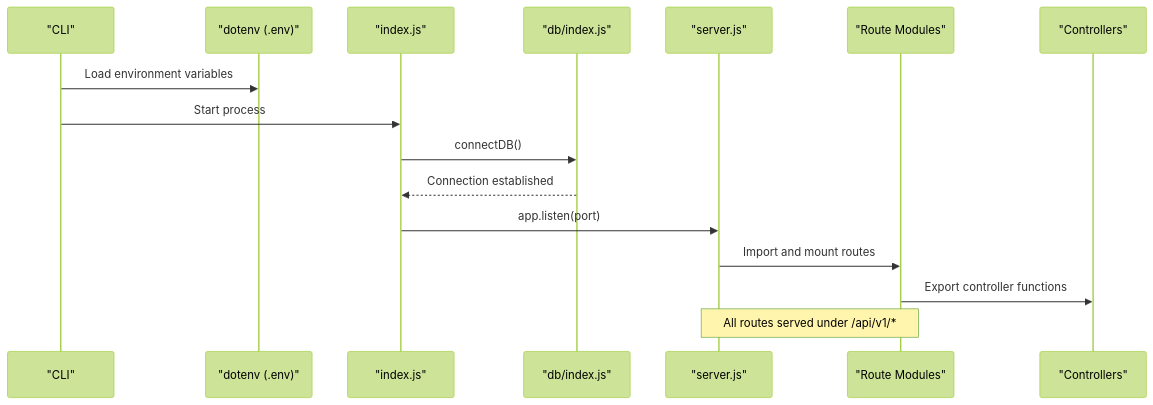
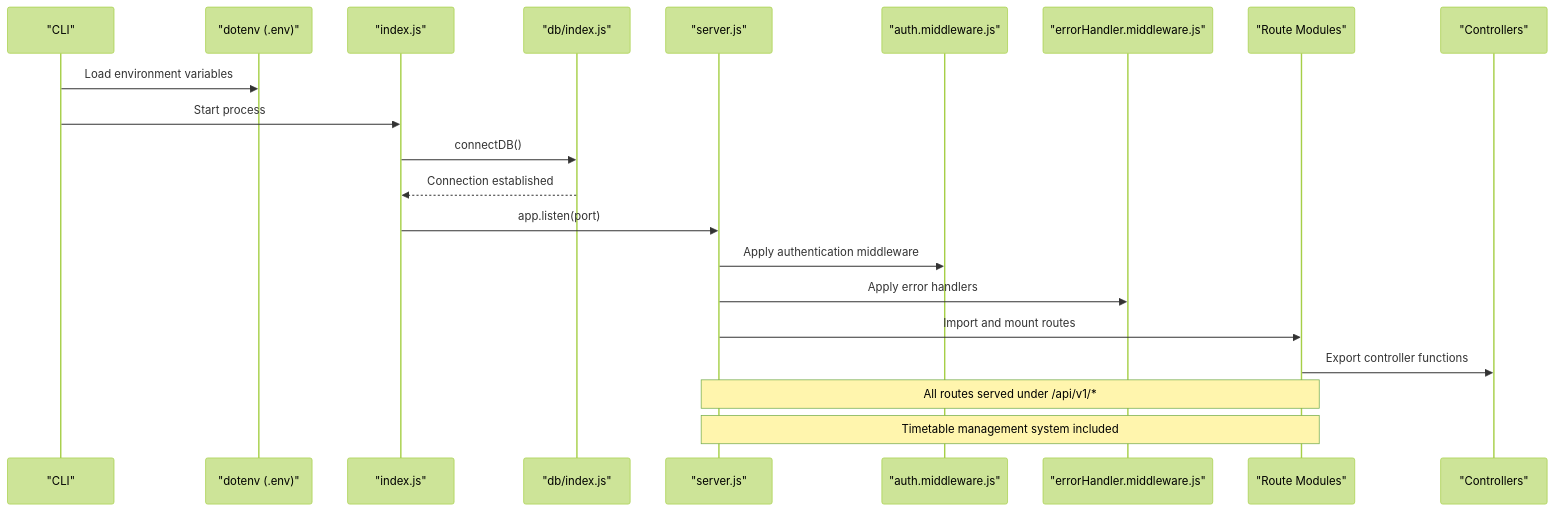
Before and after one commit to Aryan9060/Timetable-Project: the second of 10 diagrams in .qoder/repowiki/en/content/Backend Architecture/Server Setup & Configuration.md, drawn with Mermaid (forest theme). The commit also changed other lines of this file and 15 other files, not shown here.

````diff
--- a/.qoder/repowiki/en/content/Backend Architecture/Server Setup & Configuration.md
+++ b/.qoder/repowiki/en/content/Backend Architecture/Server Setup & Configuration.md
@@ -91,18 +124,23 @@
 ```mermaid
 sequenceDiagram
 participant CLI as "CLI"
 participant Env as "dotenv (.env)"
 participant Boot as "index.js"
 participant DB as "db/index.js"
 participant App as "server.js"
+participant Auth as "auth.middleware.js"
+participant Error as "errorHandler.middleware.js"
 participant Routers as "Route Modules"
 participant Ctrl as "Controllers"
 CLI->>Env : Load environment variables
 CLI->>Boot : Start process
 Boot->>DB : connectDB()
 DB-->>Boot : Connection established
 Boot->>App : app.listen(port)
+App->>Auth : Apply authentication middleware
+App->>Error : Apply error handlers
 App->>Routers : Import and mount routes
 Routers->>Ctrl : Export controller functions
 Note over App,Routers : All routes served under /api/v1/*
+Note over App,Routers : Timetable management system included
 ```
````
